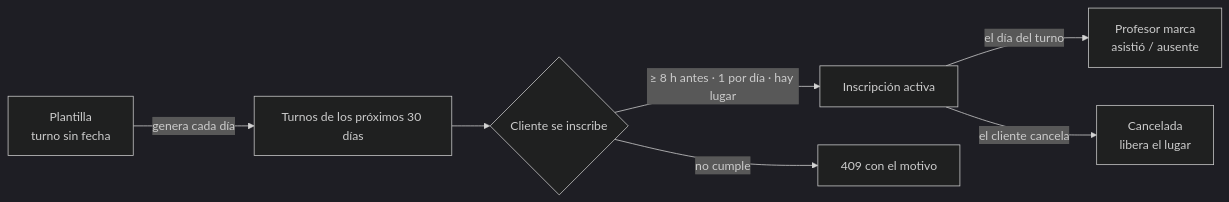
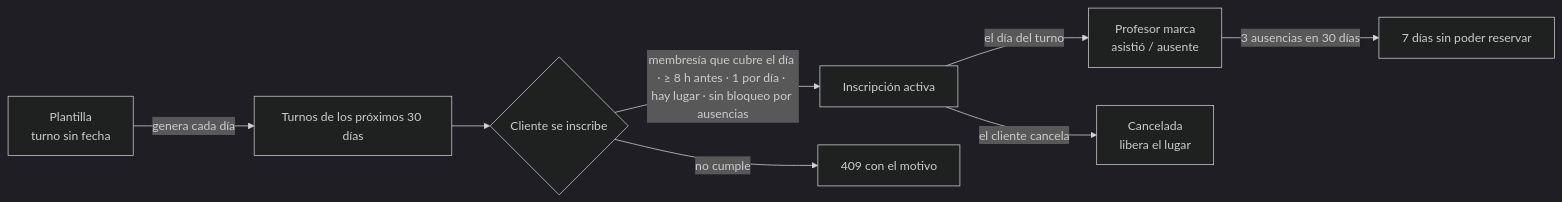
Before and after one commit to Campesianoo/Trabajo-Desarrollo: the fifth of 5 diagrams in docs/arquitectura.md, drawn with Mermaid (dark theme). The commit also changed other lines of this file and 11 other files, not shown here.

First line of the commit message:
Agrego strikes por ausencias y actualizo la documentación

````diff
--- a/docs/arquitectura.md
+++ b/docs/arquitectura.md
@@ -216,9 +218,10 @@
 ```mermaid
 flowchart LR
     P[Plantilla<br/>turno sin fecha] -->|genera cada día| T[Turnos de los próximos 30 días]
     T --> I{Cliente se inscribe}
-    I -->|"≥ 8 h antes · 1 por día · hay lugar"| OK[Inscripción activa]
+    I -->|"membresía que cubre el día · ≥ 8 h antes · 1 por día · hay lugar · sin bloqueo por ausencias"| OK[Inscripción activa]
     I -->|no cumple| X[409 con el motivo]
     OK -->|el día del turno| A[Profesor marca<br/>asistió / ausente]
     OK -->|el cliente cancela| C[Cancelada<br/>libera el lugar]
+    A -->|"3 ausencias en 30 días"| B[7 días sin poder reservar]
 ```
````
